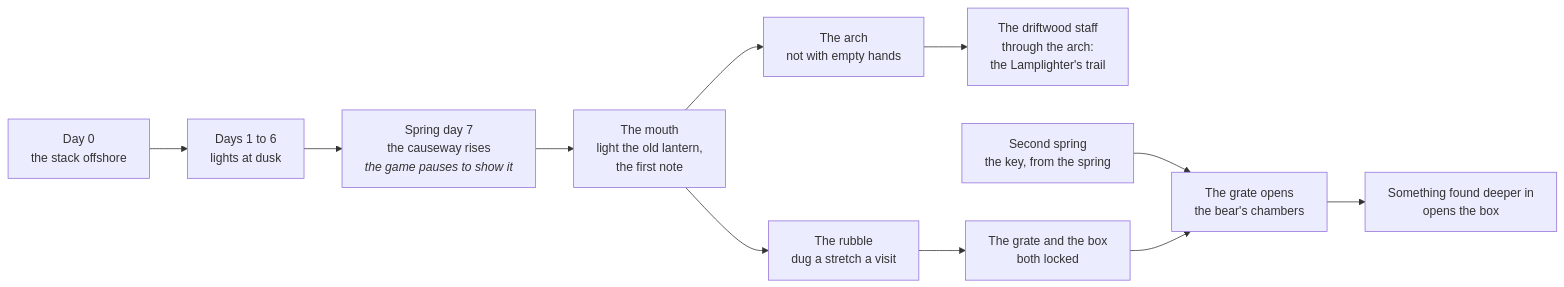
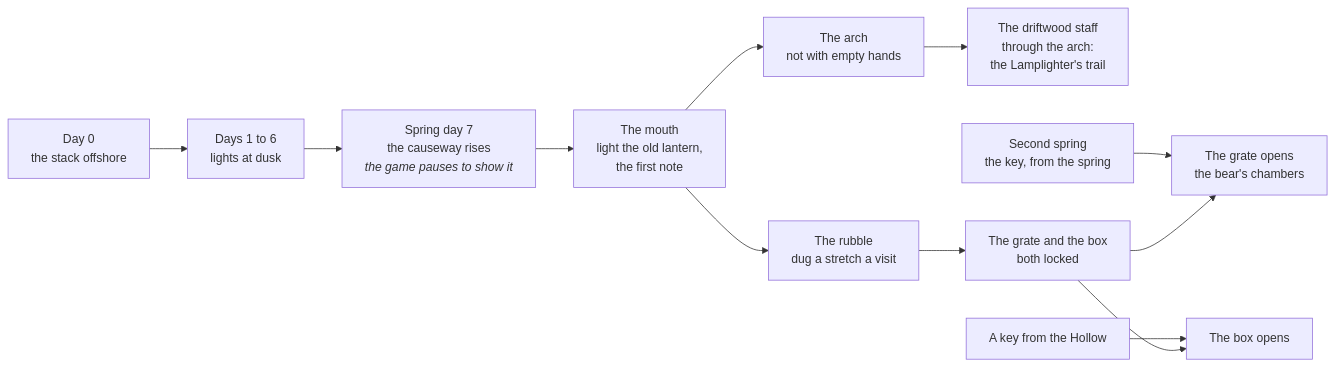
Before and after one commit to mshomper/ebb: the diagram in docs/future/19-the-light-on-the-stack.md, drawn with Mermaid. The commit also changed other lines of this file and 4 other files, not shown here.

````diff
--- a/docs/future/19-the-light-on-the-stack.md
+++ b/docs/future/19-the-light-on-the-stack.md
@@ -25,13 +32,14 @@
 ```mermaid
 flowchart LR
   S0["Day 0<br/>the stack offshore"] --> S1["Days 1 to 6<br/>lights at dusk"]
   S1 --> S2["Spring day 7<br/>the causeway rises<br/><i>the game pauses to show it</i>"]
   S2 --> S3["The mouth<br/>light the old lantern,<br/>the first note"]
   S3 --> S4["The arch<br/>not with empty hands"]
   S4 --> S5["The driftwood staff<br/>through the arch:<br/>the Lamplighter's trail"]
   S3 --> R1["The rubble<br/>dug a stretch a visit"]
   R1 --> R2["The grate and the box<br/>both locked"]
   K["Second spring<br/>the key, from the spring"] --> R3["The grate opens<br/>the bear's chambers"]
   R2 --> R3
-  R3 --> R4["Something found deeper in<br/>opens the box"]
+  H["A key from the Hollow"] --> R4["The box opens"]
+  R2 --> R4
 ```
````
